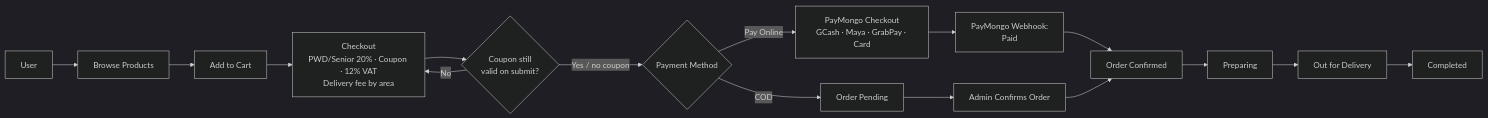
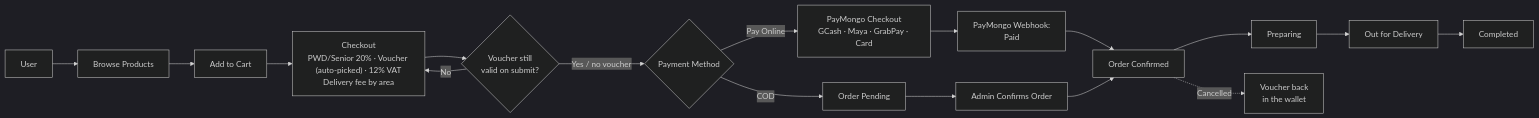
The diagram in docs/system-architecture/data flow 3.1.mmd (kurooo-san/THREAD-AND-PRESS-HUB), drawn with Mermaid (dark theme) before and after one commit. The commit also changed 31 other files, not shown here.

First line of the commit message:
Update docs and diagrams for vouchers, chat handoff and live status

```diff
--- a/docs/system-architecture/data flow 3.1.mmd
+++ b/docs/system-architecture/data flow 3.1.mmd
@@ -1,13 +1,14 @@
 %% 3.1 Standard (shop) order flow. Render: see docs/SYSTEM_ARCHITECTURE.md section 7.
 flowchart LR
-    A[User] --> B[Browse Products] --> C[Add to Cart] --> D["Checkout<br/>PWD/Senior 20% · Coupon · 12% VAT<br/>Delivery fee by area"]
-    D --> E{Coupon still<br/>valid on submit?}
+    A[User] --> B[Browse Products] --> C[Add to Cart] --> D["Checkout<br/>PWD/Senior 20% · Voucher (auto-picked) · 12% VAT<br/>Delivery fee by area"]
+    D --> E{Voucher still<br/>valid on submit?}
     E -- No --> D
-    E -- "Yes / no coupon" --> F{Payment Method}
+    E -- "Yes / no voucher" --> F{Payment Method}
     F -- Pay Online --> G["PayMongo Checkout<br/>GCash · Maya · GrabPay · Card"]
     G --> H["PayMongo Webhook:<br/>Paid"]
     H --> J[Order Confirmed]
     F -- COD --> I[Order Pending]
     I --> K[Admin Confirms Order]
     K --> J
     J --> L[Preparing] --> M[Out for Delivery] --> N[Completed]
+    J -. "Cancelled" .-> X["Voucher back<br/>in the wallet"]
```
